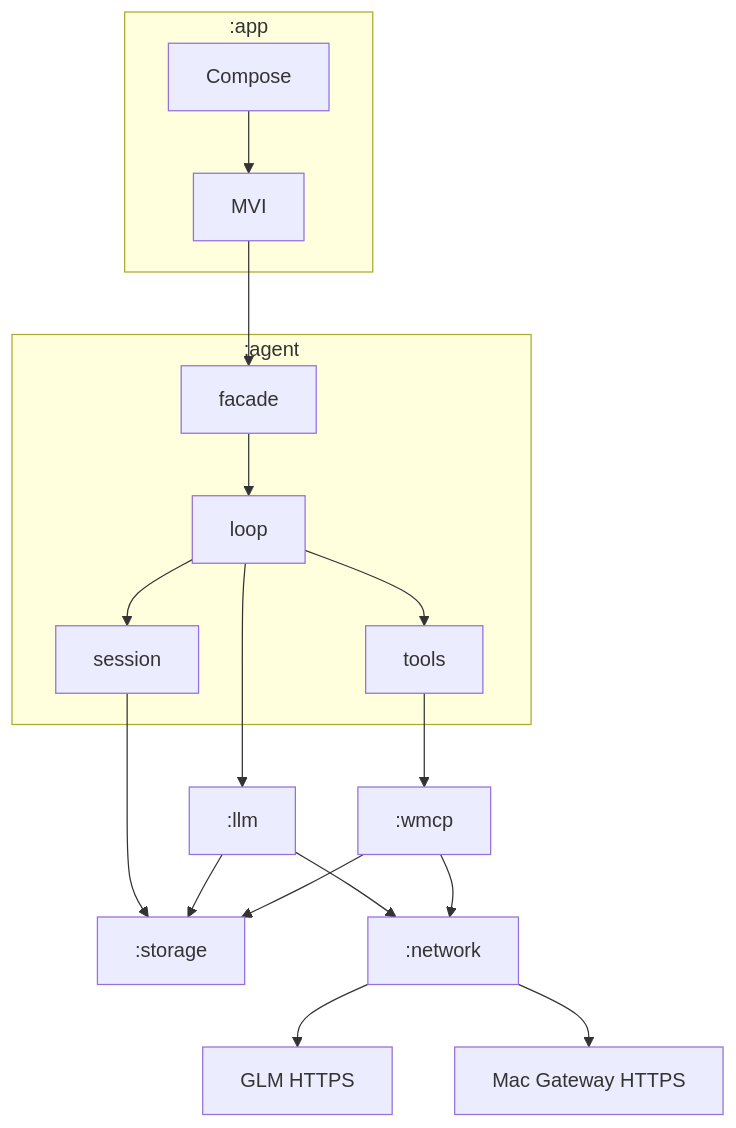
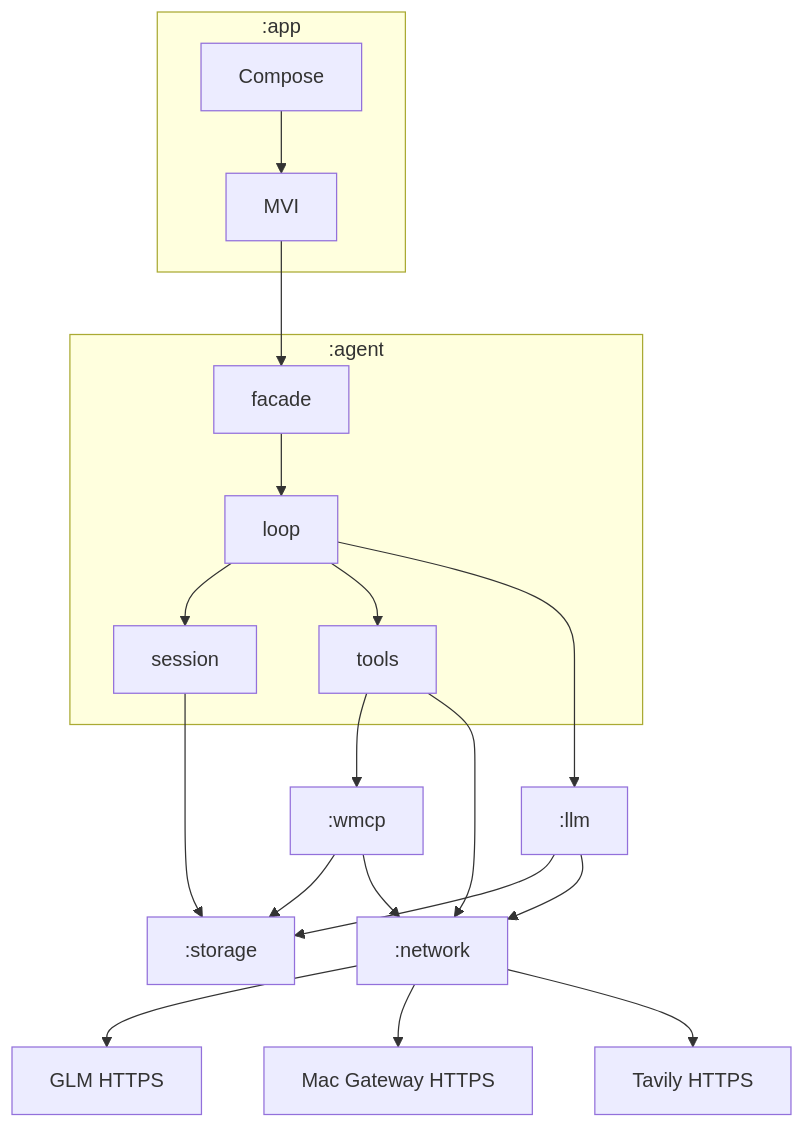
One commit to lulufoo/lulu-spark changed the third of 3 diagrams in docs/archive/v0.1/workbench-android-architecture.md. Above: the diagram before and after it, drawn with Mermaid. The commit also changed other lines of this file and 13 other files, not shown here.

````diff
--- a/docs/archive/v0.1/workbench-android-architecture.md
+++ b/docs/archive/v0.1/workbench-android-architecture.md
@@ -187,26 +193,28 @@
 ```mermaid
 flowchart TB
   subgraph appLayer[":app"]
     UI[Compose]
     MVI[MVI]
   end
   subgraph agentLayer[":agent"]
     F[facade]
     L[loop]
     S[session]
     T[tools]
   end
   UI --> MVI --> F
   F --> L
   L --> S
   L --> T
   L --> LLM[":llm"]
   T --> WMCP[":wmcp"]
+  T --> NET[":network"]
   S --> ST[":storage"]
   LLM --> ST
   WMCP --> ST
-  LLM --> NET[":network"]
+  LLM --> NET
   WMCP --> NET
   NET --> GLM[GLM HTTPS]
   NET --> GW[Mac Gateway HTTPS]
+  NET --> Tavily[Tavily HTTPS]
 ```
````
